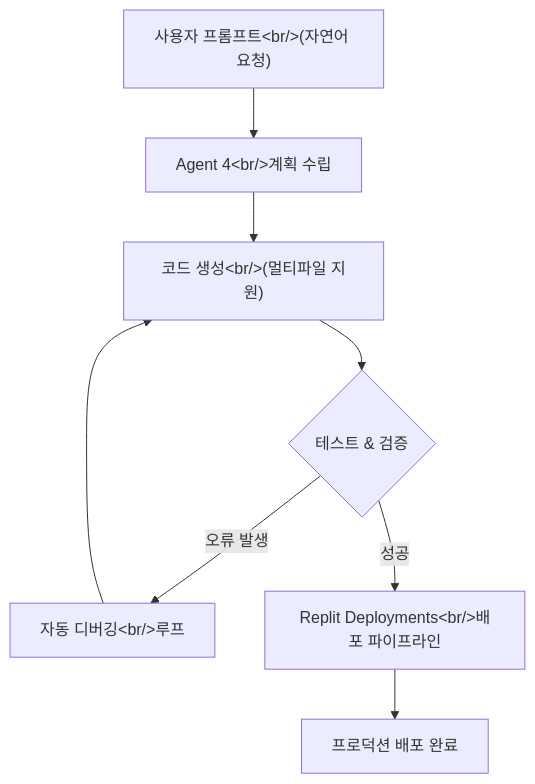
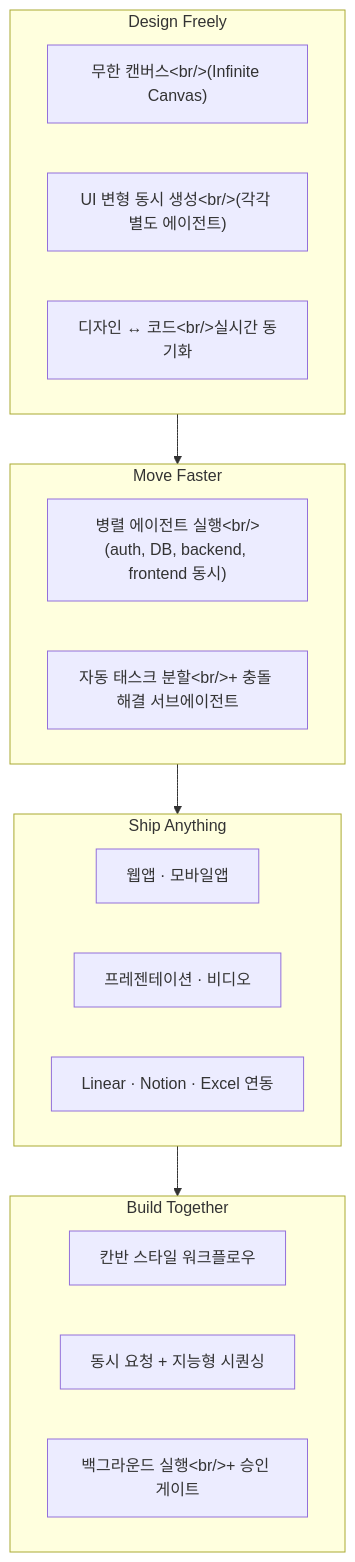
Before and after one commit to ice-ice-bear/ice-ice-bear.github.io: the diagram in content/posts/2026-03-17-replit-agent4.md, drawn with Mermaid. The commit also changed other lines of this file and 2 other files, not shown here.

Commit message:
Update tech log: 2026-03-17-replit-agent4.md

````diff
--- a/content/posts/2026-03-17-replit-agent4.md
+++ b/content/posts/2026-03-17-replit-agent4.md
@@ -67,10 +30,29 @@
 ```mermaid
 flowchart TD
-    A["사용자 프롬프트&lt;br/&gt;(자연어 요청)"] --> B["Agent 4&lt;br/&gt;계획 수립"]
-    B --> C["코드 생성&lt;br/&gt;(멀티파일 지원)"]
-    C --> D{"테스트 &amp; 검증"}
-    D -->|오류 발생| E["자동 디버깅&lt;br/&gt;루프"]
-    E --> C
-    D -->|성공| F["Replit Deployments&lt;br/&gt;배포 파이프라인"]
-    F --> G["프로덕션 배포 완료"]
+    subgraph pillar1 ["Design Freely"]
+        A1["무한 캔버스&lt;br/&gt;(Infinite Canvas)"]
+        A2["UI 변형 동시 생성&lt;br/&gt;(각각 별도 에이전트)"]
+        A3["디자인 ↔ 코드&lt;br/&gt;실시간 동기화"]
+    end
+
+    subgraph pillar2 ["Move Faster"]
+        B1["병렬 에이전트 실행&lt;br/&gt;(auth, DB, backend, frontend 동시)"]
+        B2["자동 태스크 분할&lt;br/&gt;+ 충돌 해결 서브에이전트"]
+    end
+
+    subgraph pillar3 ["Ship Anything"]
+        C1["웹앱 · 모바일앱"]
+        C2["프레젠테이션 · 비디오"]
+        C3["Linear · Notion · Excel 연동"]
+    end
+
+    subgraph pillar4 ["Build Together"]
+        D1["칸반 스타일 워크플로우"]
+        D2["동시 요청 + 지능형 시퀀싱"]
+        D3["백그라운드 실행&lt;br/&gt;+ 승인 게이트"]
+    end
+
+    pillar1 --> pillar2
+    pillar2 --> pillar3
+    pillar3 --> pillar4
 ```
````
